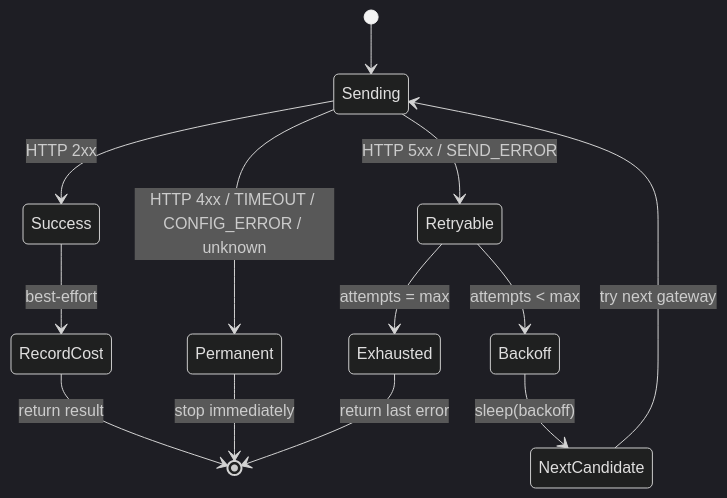
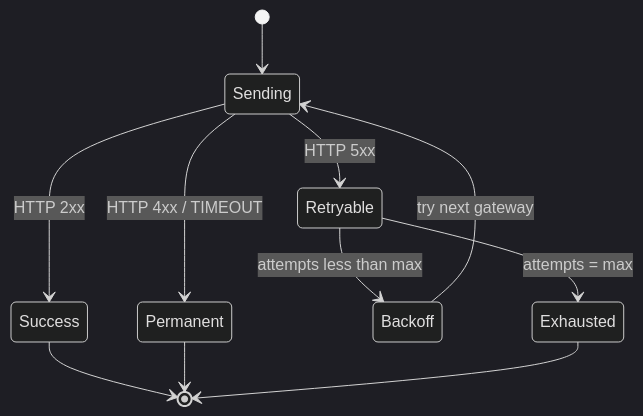
The fourth of 7 diagrams in README.md (zahid397/formwork-channel-sms-production-review), drawn with Mermaid (dark theme) before and after one commit. The commit also changed other lines of this file, not shown here.

````diff
--- a/README.md
+++ b/README.md
@@ -452,17 +334,13 @@
 ```mermaid
 stateDiagram-v2
     [*] --> Sending
     Sending --> Success: HTTP 2xx
-    Sending --> Retryable: HTTP 5xx / SEND_ERROR
-    Sending --> Permanent: HTTP 4xx / TIMEOUT / CONFIG_ERROR / unknown
-    
-    Retryable --> Backoff: attempts < max
+    Sending --> Retryable: HTTP 5xx
+    Sending --> Permanent: HTTP 4xx / TIMEOUT
+    Retryable --> Backoff: attempts less than max
     Retryable --> Exhausted: attempts = max
-    Backoff --> NextCandidate: sleep(backoff)
-    NextCandidate --> Sending: try next gateway
-    
-    Success --> RecordCost: best-effort
-    RecordCost --> [*]: return result
-    Permanent --> [*]: stop immediately
-    Exhausted --> [*]: return last error
+    Backoff --> Sending: try next gateway
+    Success --> [*]
+    Permanent --> [*]
+    Exhausted --> [*]
 ```
````
